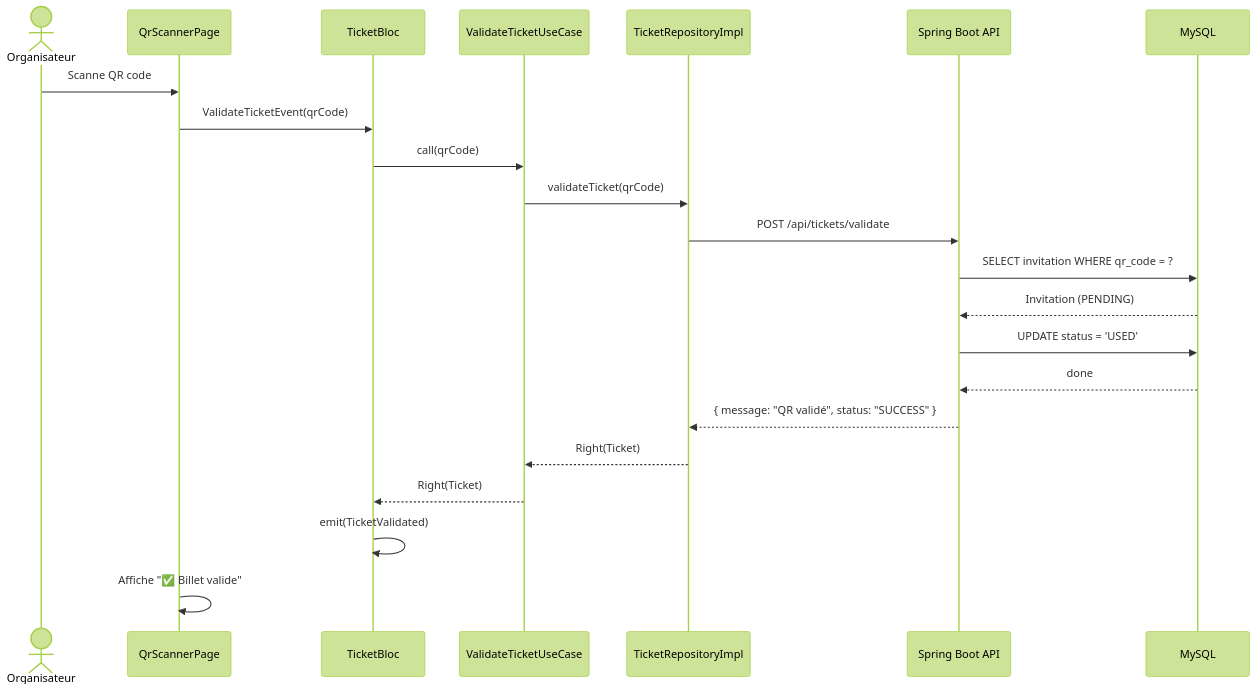
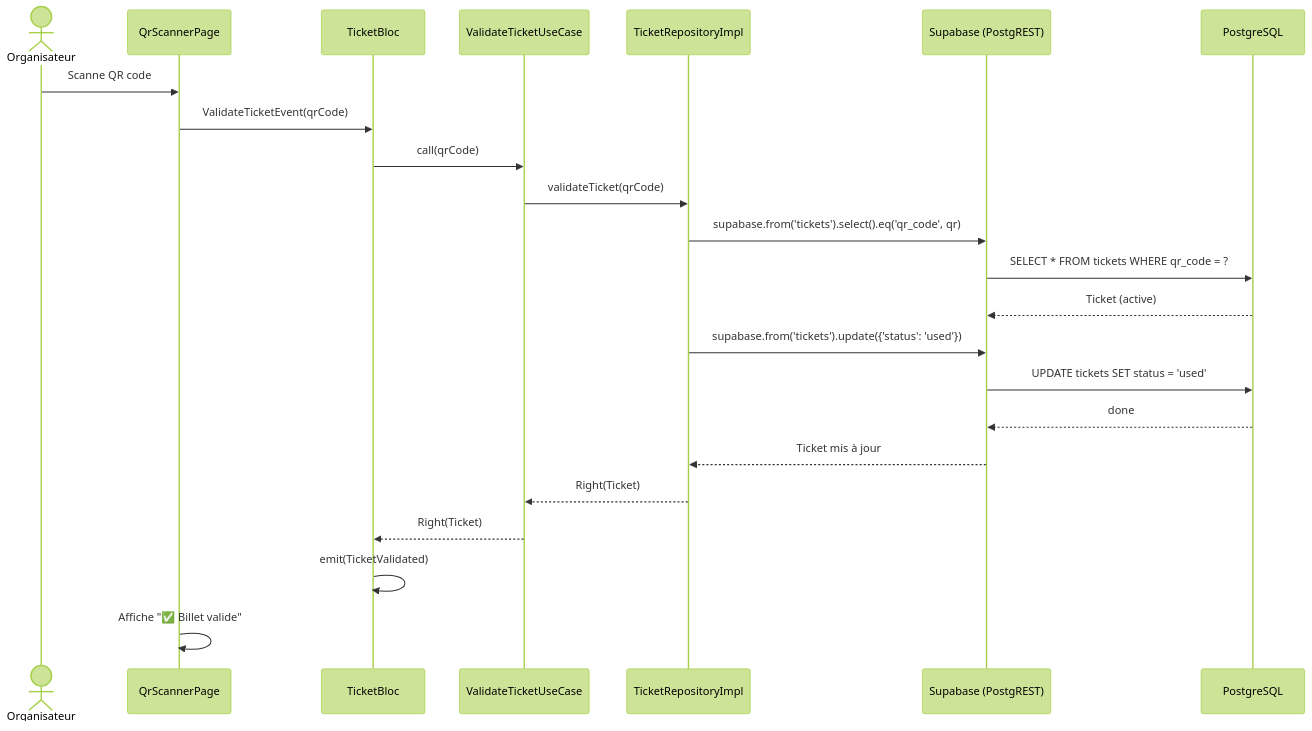
The eighth of 13 diagrams in FICHE_EXTRACTION_EVENTHUB.md (24231-Brahim/pi-eventhub), drawn with Mermaid (forest theme) before and after one commit. The commit also changed other lines of this file and 36 other files, not shown here.

````diff
--- a/FICHE_EXTRACTION_EVENTHUB.md
+++ b/FICHE_EXTRACTION_EVENTHUB.md
@@ -1080,25 +746,26 @@
 ```mermaid
 sequenceDiagram
     actor Org as Organisateur
     participant SCAN as QrScannerPage
     participant TBLOC as TicketBloc
     participant UC as ValidateTicketUseCase
     participant REPO as TicketRepositoryImpl
-    participant API as Spring Boot API
-    participant DB as MySQL
+    participant API as Supabase (PostgREST)
+    participant DB as PostgreSQL
 
     Org->>SCAN: Scanne QR code
     SCAN->>TBLOC: ValidateTicketEvent(qrCode)
     TBLOC->>UC: call(qrCode)
     UC->>REPO: validateTicket(qrCode)
-    REPO->>API: POST /api/tickets/validate
-    API->>DB: SELECT invitation WHERE qr_code = ?
-    DB-->>API: Invitation (PENDING)
-    API->>DB: UPDATE status = 'USED'
+    REPO->>API: supabase.from('tickets').select().eq('qr_code', qr)
+    API->>DB: SELECT * FROM tickets WHERE qr_code = ?
+    DB-->>API: Ticket (active)
+    REPO->>API: supabase.from('tickets').update({'status': 'used'})
+    API->>DB: UPDATE tickets SET status = 'used'
     DB-->>API: done
-    API-->>REPO: { message: "QR validé", status: "SUCCESS" }
+    API-->>REPO: Ticket mis à jour
     REPO-->>UC: Right(Ticket)
     UC-->>TBLOC: Right(Ticket)
     TBLOC->>TBLOC: emit(TicketValidated)
     SCAN->>SCAN: Affiche "✅ Billet valide"
 ```
````
